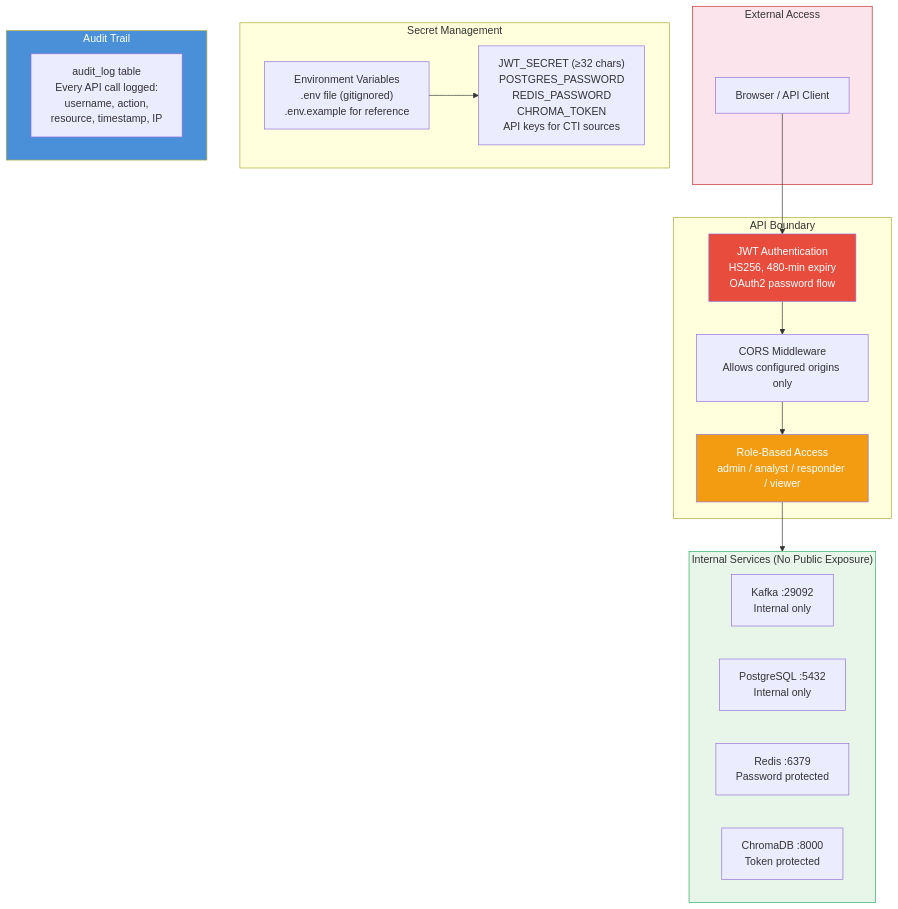
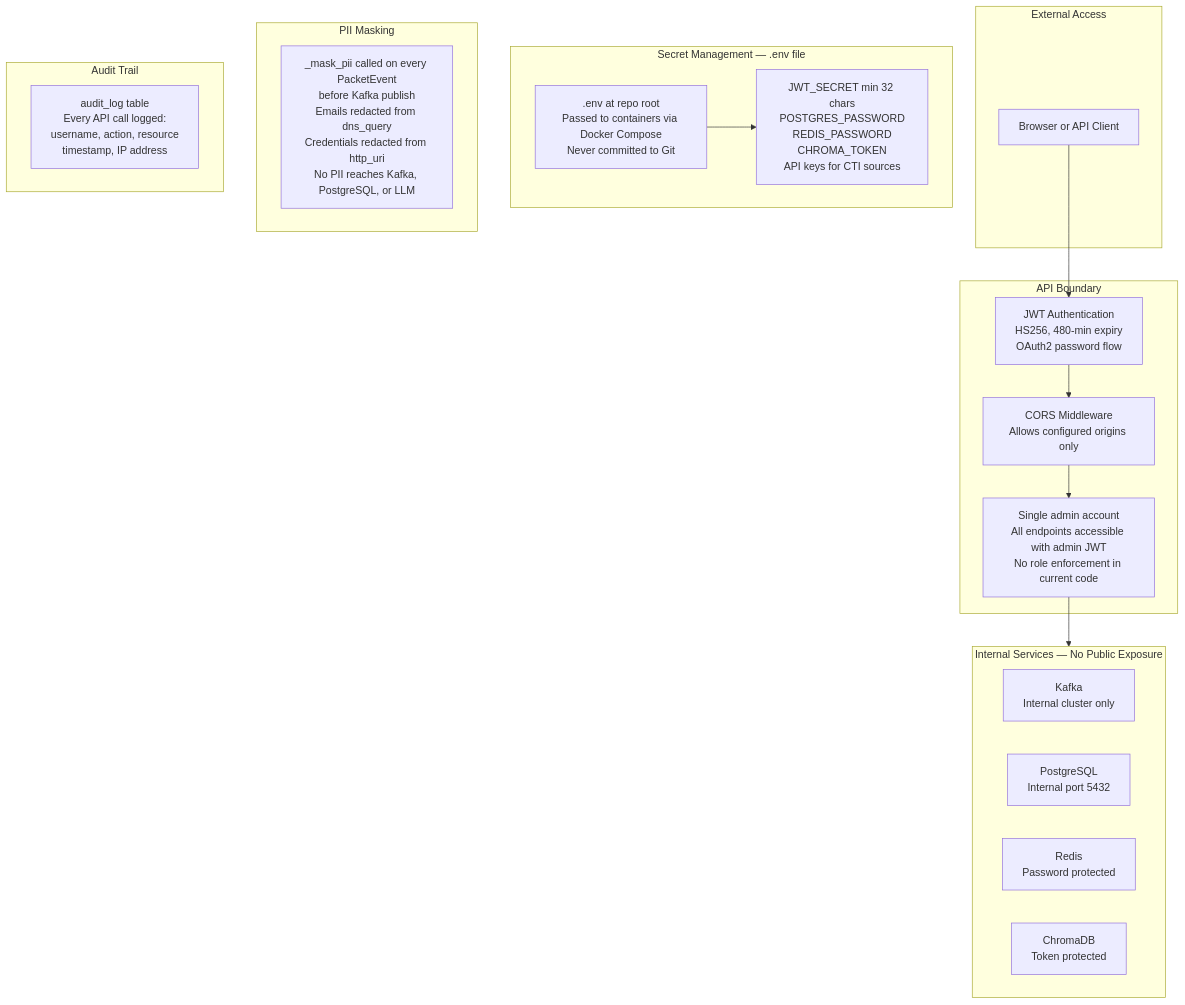
Before and after one commit to Skarthik06/cybersentinel-ai: diagram 19 of 21 in docs/MASTER.md, drawn with Mermaid. The commit also changed other lines of this file and 50 other files, not shown here.

````diff
--- a/docs/MASTER.md
+++ b/docs/MASTER.md
@@ -1306,40 +1176,38 @@
 ```mermaid
 graph TB
     subgraph EXTERNAL["External Access"]
-        USER["Browser / API Client"]
+        USER[Browser or API Client]
     end
 
     subgraph BOUNDARY["API Boundary"]
-        JWT["JWT Authentication\nHS256, 480-min expiry\nOAuth2 password flow"]
-        CORS["CORS Middleware\nAllows configured origins only"]
-        RBAC["Role-Based Access\nadmin / analyst / responder / viewer"]
+        JWT[JWT Authentication\nHS256, 480-min expiry\nOAuth2 password flow]
+        CORS[CORS Middleware\nAllows configured origins only]
+        ADMIN[Single admin account\nAll endpoints accessible with admin JWT\nNo role enforcement in current code]
     end
 
-    subgraph INTERNAL["Internal Services (No Public Exposure)"]
-        KAFKA_S["Kafka :29092\nInternal only"]
-        PG_S["PostgreSQL :5432\nInternal only"]
-        REDIS_S["Redis :6379\nPassword protected"]
-        CHROMA_S["ChromaDB :8000\nToken protected"]
+    subgraph INTERNAL["Internal Services — No Public Exposure"]
+        KAFKA_S[Kafka\nInternal cluster only]
+        PG_S[PostgreSQL\nInternal port 5432]
+        REDIS_S[Redis\nPassword protected]
+        CHROMA_S[ChromaDB\nToken protected]
     end
 
-    subgraph SECRETS["Secret Management"]
-        ENV["Environment Variables\n.env file (gitignored)\n.env.example for reference"]
-        VARS["JWT_SECRET (≥32 chars)\nPOSTGRES_PASSWORD\nREDIS_PASSWORD\nCHROMA_TOKEN\nAPI keys for CTI sources"]
+    subgraph SECRETS["Secret Management — .env file"]
+        ENV[.env at repo root\nPassed to containers via Docker Compose\nNever committed to Git]
+        VARS[JWT_SECRET min 32 chars\nPOSTGRES_PASSWORD\nREDIS_PASSWORD\nCHROMA_TOKEN\nAPI keys for CTI sources]
+    end
+
+    subgraph PIIMASK["PII Masking"]
+        PII[_mask_pii called on every PacketEvent\nbefore Kafka publish\nEmails redacted from dns_query\nCredentials redacted from http_uri\nNo PII reaches Kafka, PostgreSQL, or LLM]
     end
 
     subgraph AUDIT["Audit Trail"]
-        AUDITLOG["audit_log table\nEvery API call logged:\nusername, action,\nresource, timestamp, IP"]
+        AUDITLOG[audit_log table\nEvery API call logged:\nusername, action, resource\ntimestamp, IP address]
     end
 
     USER --> JWT
     JWT --> CORS
-    CORS --> RBAC
-    RBAC --> INTERNAL
+    CORS --> ADMIN
+    ADMIN --> INTERNAL
     ENV --> VARS
-
-    style JWT fill:#e74c3c,color:#fff
-    style RBAC fill:#f39c12,color:#fff
-    style AUDIT fill:#4a90d9,color:#fff
-    style EXTERNAL fill:#fce4ec,stroke:#c62828
-    style INTERNAL fill:#e8f5e9,stroke:#27ae60
 ```
````
